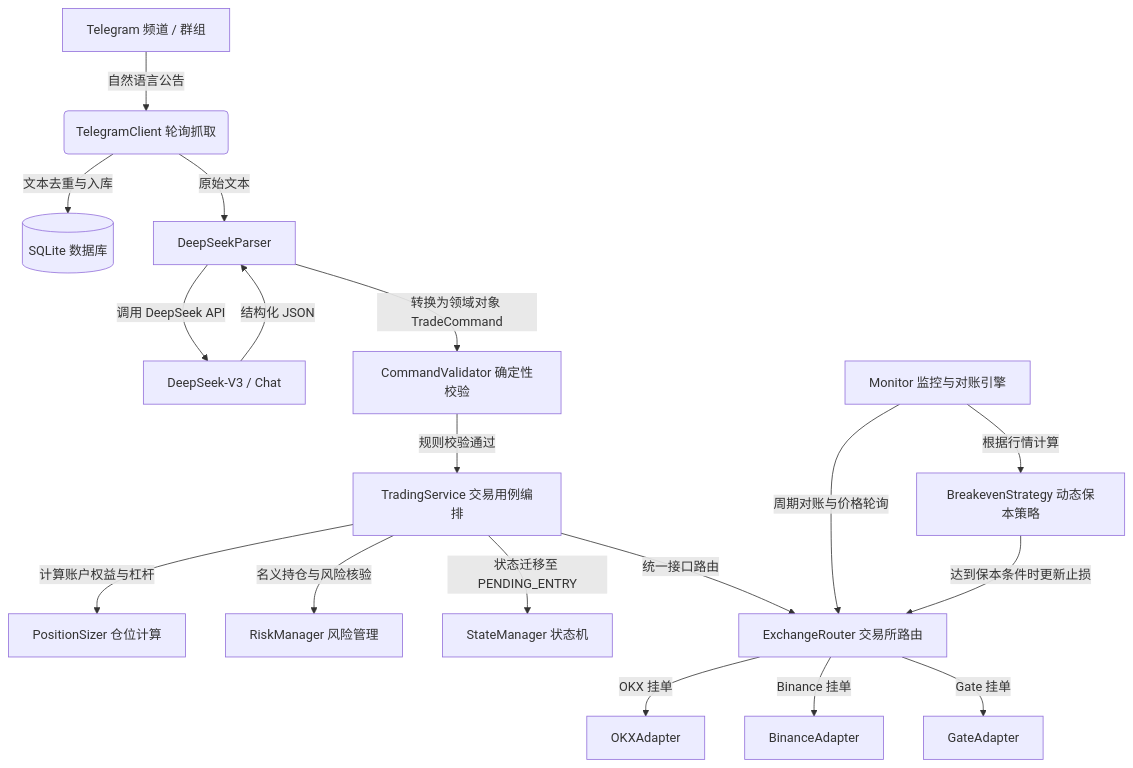
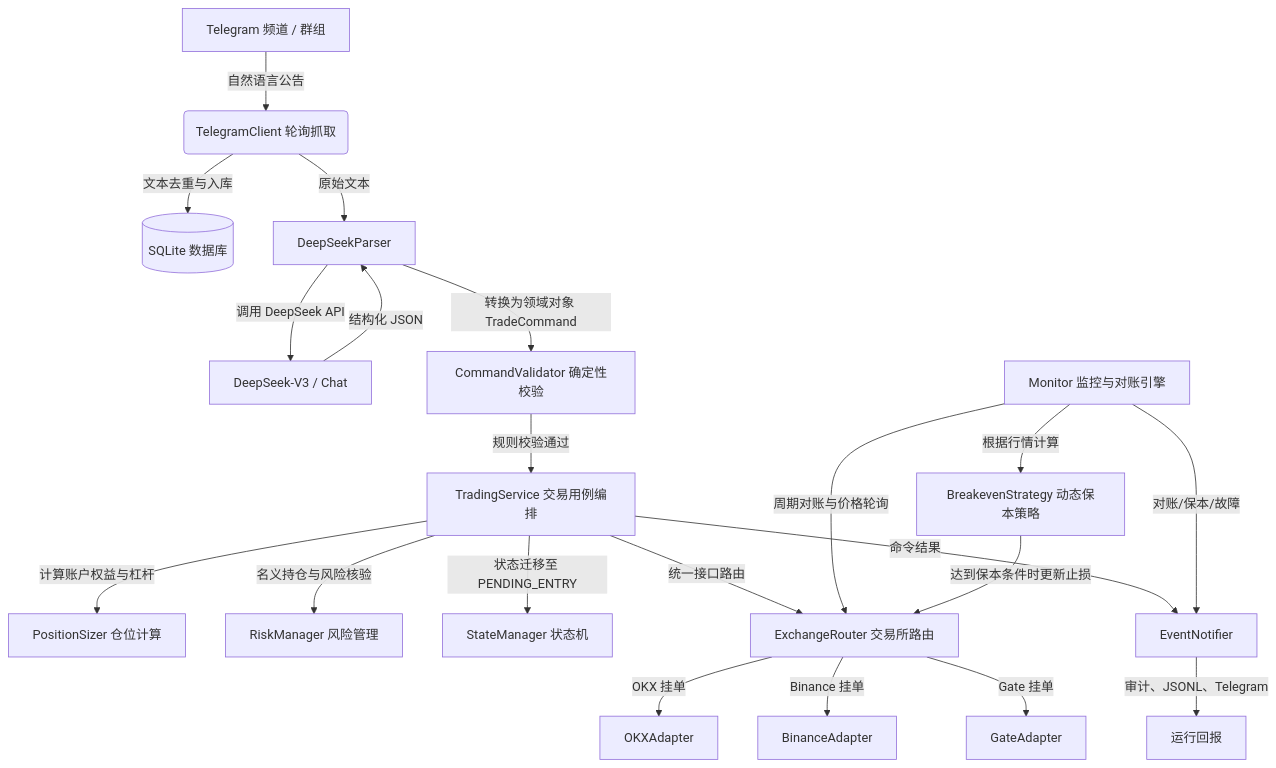
The diagram in codemap.md (wubbababa/CryptoTrade), drawn with Mermaid before and after one commit. The commit also changed other lines of this file and 19 other files, not shown here.

````diff
--- a/codemap.md
+++ b/codemap.md
@@ -13,21 +13,24 @@
 ```mermaid
 flowchart TD
     A[Telegram 频道 / 群组] -->|自然语言公告| B(TelegramClient 轮询抓取)
     B -->|文本去重与入库| C[(SQLite 数据库)]
     B -->|原始文本| D[DeepSeekParser]
     D -->|调用 DeepSeek API| D1[DeepSeek-V3 / Chat]
     D1 -->|结构化 JSON| D
     D -->|转换为领域对象 TradeCommand| E[CommandValidator 确定性校验]
     E -->|规则校验通过| F[TradingService 交易用例编排]
     F -->|计算账户权益与杠杆| G[PositionSizer 仓位计算]
     F -->|名义持仓与风险核验| H[RiskManager 风险管理]
     F -->|状态迁移至 PENDING_ENTRY| I[StateManager 状态机]
     F -->|统一接口路由| J[ExchangeRouter 交易所路由]
     J -->|OKX 挂单| K1[OKXAdapter]
     J -->|Binance 挂单| K2[BinanceAdapter]
     J -->|Gate 挂单| K3[GateAdapter]
     
     L[Monitor 监控与对账引擎] -->|周期对账与价格轮询| J
     L -->|根据行情计算| M[BreakevenStrategy 动态保本策略]
     M -->|达到保本条件时更新止损| J
+    F -->|命令结果| N[EventNotifier]
+    L -->|对账/保本/故障| N
+    N -->|审计、JSONL、Telegram| O[运行回报]
 ```
````
